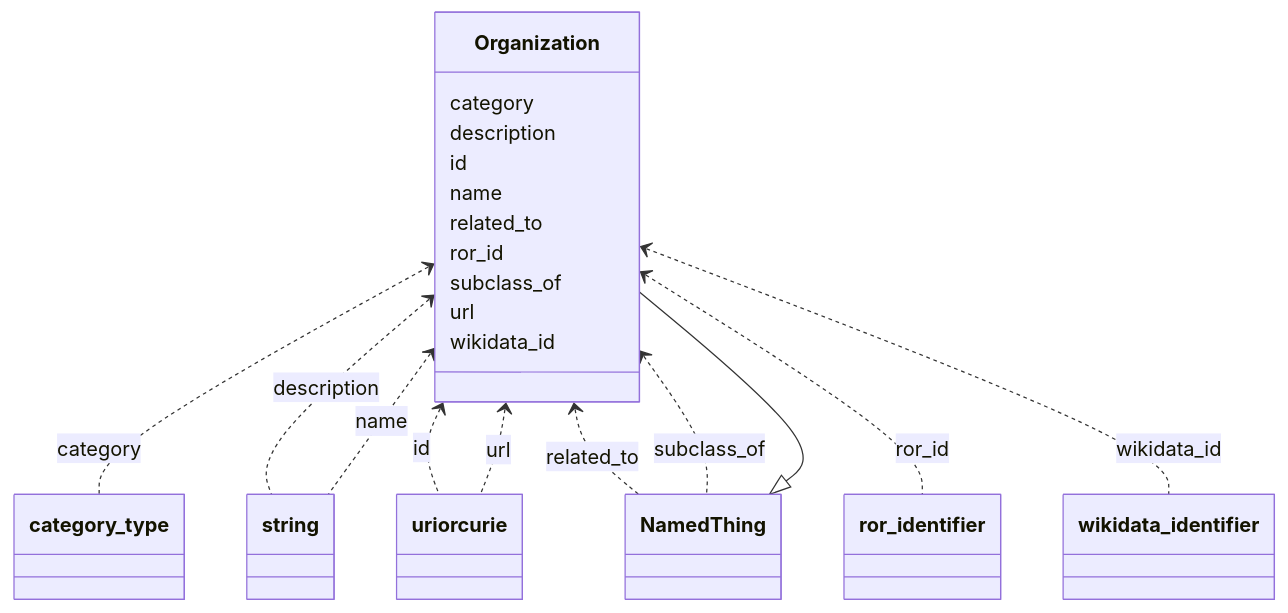
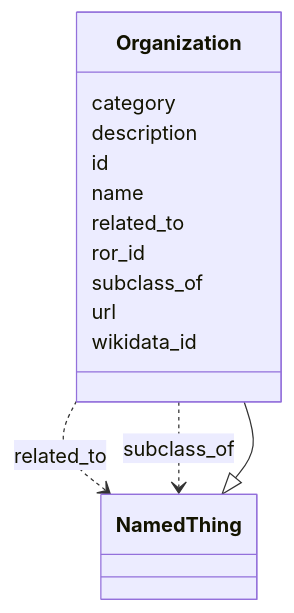
The diagram in docs/Organization.md (bridge2ai/standards-schemas), drawn with Mermaid before and after one commit. The commit also changed 76 other files, not shown here.

````diff
--- a/docs/Organization.md
+++ b/docs/Organization.md
@@ -11,25 +11,29 @@
 ```mermaid
  classDiagram
     class Organization
       NamedThing <|-- Organization
       
       Organization : category
-        Organization <.. category_type : category
+        
       Organization : description
-        Organization <.. string : description
+        
       Organization : id
-        Organization <.. uriorcurie : id
+        
       Organization : name
-        Organization <.. string : name
+        
       Organization : related_to
-        Organization <.. NamedThing : related_to
+        
+          Organization ..> NamedThing : related_to
+        
       Organization : ror_id
-        Organization <.. ror_identifier : ror_id
+        
       Organization : subclass_of
-        Organization <.. NamedThing : subclass_of
+        
+          Organization ..> NamedThing : subclass_of
+        
       Organization : url
-        Organization <.. uriorcurie : url
+        
       Organization : wikidata_id
-        Organization <.. wikidata_identifier : wikidata_id
+        
       
 ```
````
